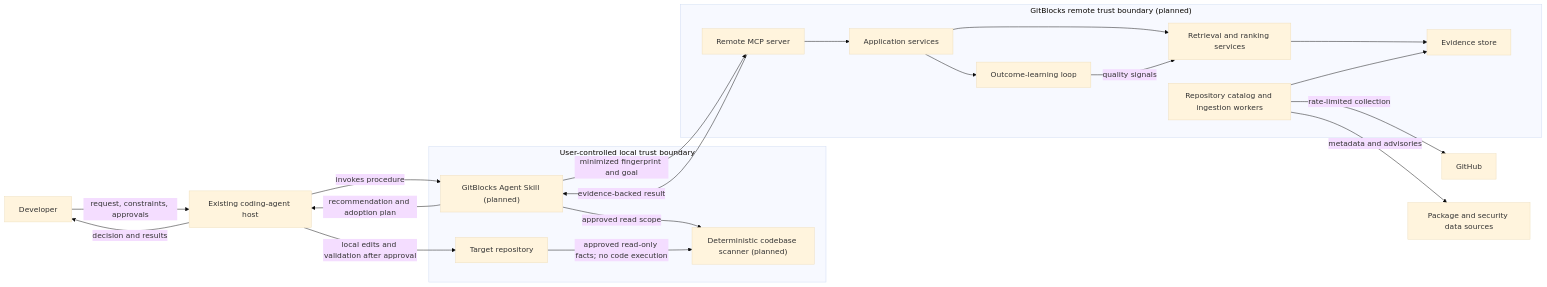
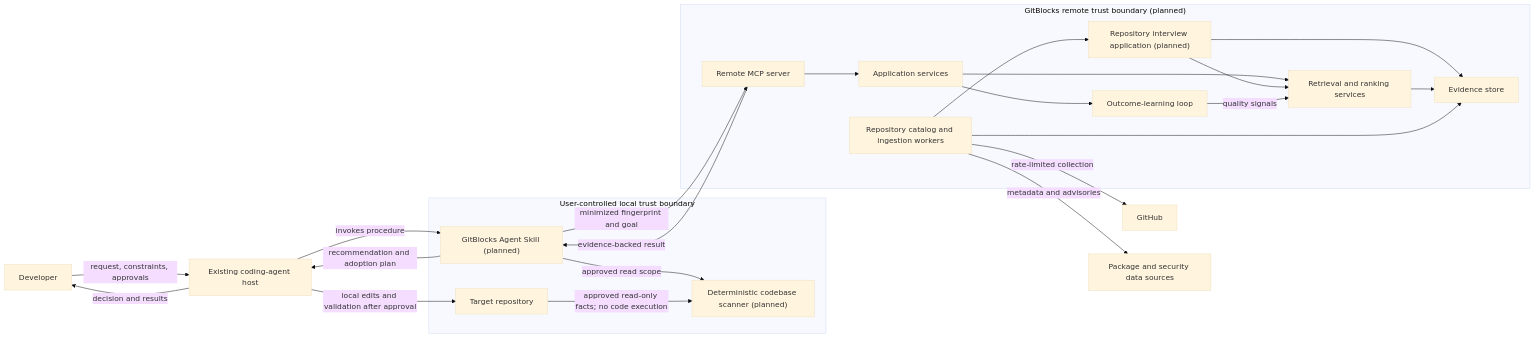
One commit to kgudipati/gitblocks changed the first of 2 diagrams in docs/architecture/system-context.md. Above: the diagram before and after it, drawn with Mermaid (base theme). The commit also changed other lines of this file and 7 other files, not shown here.

Commit message:
docs: plan evidence-grounded repository interviews

````diff
--- a/docs/architecture/system-context.md
+++ b/docs/architecture/system-context.md
@@ -47,40 +53,44 @@
 ```mermaid
 flowchart LR
     Developer["Developer"]
     Agent["Existing coding-agent host"]
     GitHub["GitHub"]
     Sources["Package and security data sources"]
 
     subgraph Local["User-controlled local trust boundary"]
         Skill["GitBlocks Agent Skill (planned)"]
         Scanner["Deterministic codebase scanner (planned)"]
         Repo["Target repository"]
     end
 
     subgraph Remote["GitBlocks remote trust boundary (planned)"]
         MCP["Remote MCP server"]
         App["Application services"]
         Ranking["Retrieval and ranking services"]
+        Interviews["Repository interview application (planned)"]
         Catalog["Repository catalog and ingestion workers"]
         Evidence["Evidence store"]
         Outcomes["Outcome-learning loop"]
     end
 
     Developer -->|"request, constraints, approvals"| Agent
     Agent -->|"invokes procedure"| Skill
     Skill -->|"approved read scope"| Scanner
     Repo -->|"approved read-only facts; no code execution"| Scanner
     Skill -->|"minimized fingerprint and goal"| MCP
     MCP --> App
     App --> Ranking
+    Catalog --> Interviews
+    Interviews --> Evidence
+    Interviews --> Ranking
     Ranking --> Evidence
     Catalog --> Evidence
     Catalog -->|"rate-limited collection"| GitHub
     Catalog -->|"metadata and advisories"| Sources
     App --> Outcomes
     Outcomes -->|"quality signals"| Ranking
     MCP -->|"evidence-backed result"| Skill
     Skill -->|"recommendation and adoption plan"| Agent
     Agent -->|"local edits and validation after approval"| Repo
     Agent -->|"decision and results"| Developer
 ```
````
